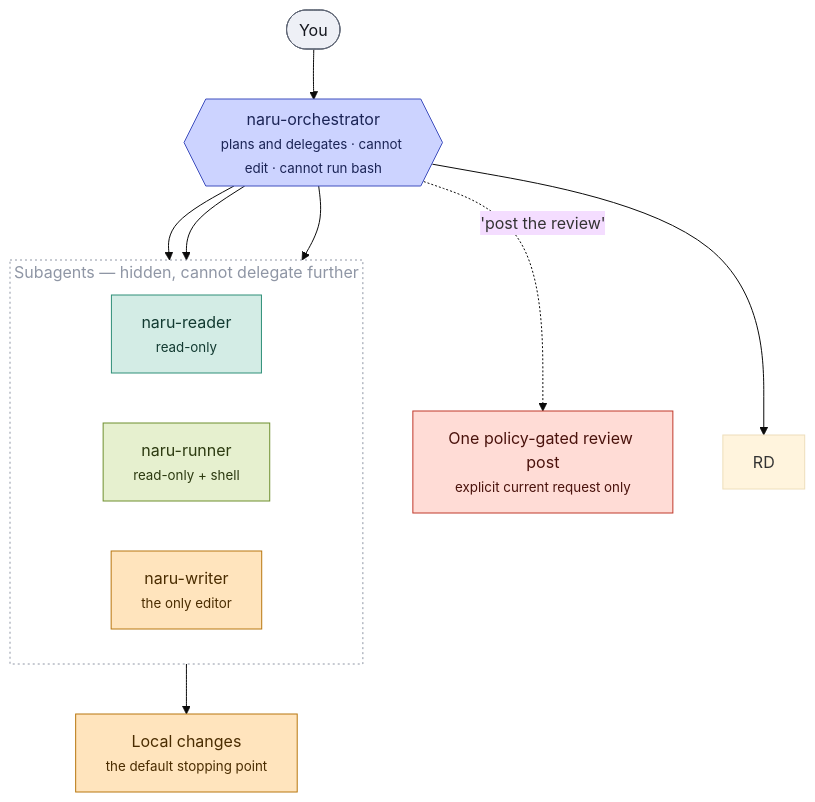
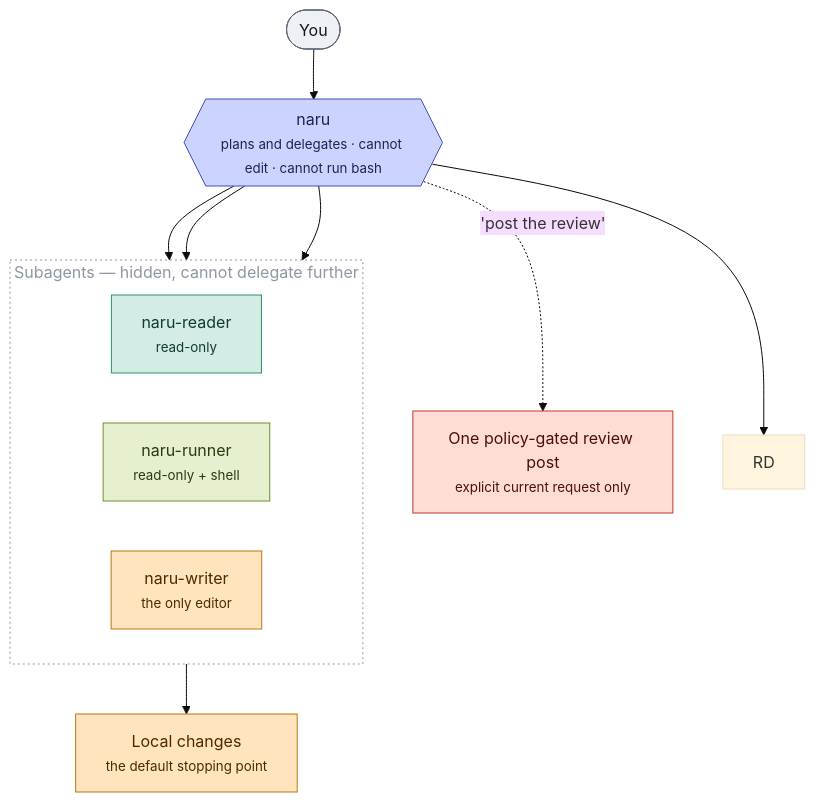
One commit to sean35mm/naru-opencode changed the diagram in docs/user-guide.md. Above: the diagram before and after it, drawn with Mermaid (base theme). The commit also changed other lines of this file and 27 other files, not shown here.

First line of the commit message:
feat: rename naru-orchestrator agent to naru

````diff
--- a/docs/user-guide.md
+++ b/docs/user-guide.md
@@ -121,32 +121,32 @@
 ```mermaid
 flowchart TB
   U(["You"]):::actor
-  ORC{{"naru-orchestrator<br/><small>plans and delegates · cannot edit · cannot run bash</small>"}}:::coord
+  ORC{{"naru<br/><small>plans and delegates · cannot edit · cannot run bash</small>"}}:::coord
 
   subgraph leaves["Subagents — hidden, cannot delegate further"]
     direction LR
     R["naru-reader<br/><small>read-only</small>"]:::read
     RUN["naru-runner<br/><small>read-only + shell</small>"]:::shell
     W["naru-writer<br/><small>the only editor</small>"]:::write
   end
 
   STOP["Local changes<br/><small>the default stopping point</small>"]:::write
   POST["One policy-gated review post<br/><small>explicit current request only</small>"]:::danger
 
   U --> ORC
   ORC --> R
   ORC --> RD
   ORC --> RUN
   ORC --> W
   W --> STOP
   ORC -.->|"'post the review'"| POST
 
   style leaves fill:none,stroke:#8f96a5,stroke-dasharray:2 3,color:#8f96a5
 
   classDef actor fill:#eef0f6,stroke:#5f6675,color:#14161d
   classDef coord fill:#ccd3ff,stroke:#3f4fbe,color:#1b2456
   classDef read fill:#d3ece5,stroke:#2f8f78,color:#123a31
   classDef shell fill:#e6f0cf,stroke:#6f8f2f,color:#2c3a10
   classDef write fill:#ffe4bd,stroke:#b8760f,color:#4a2c00
   classDef danger fill:#ffdcd6,stroke:#c0392b,color:#4a120c
 ```
````
